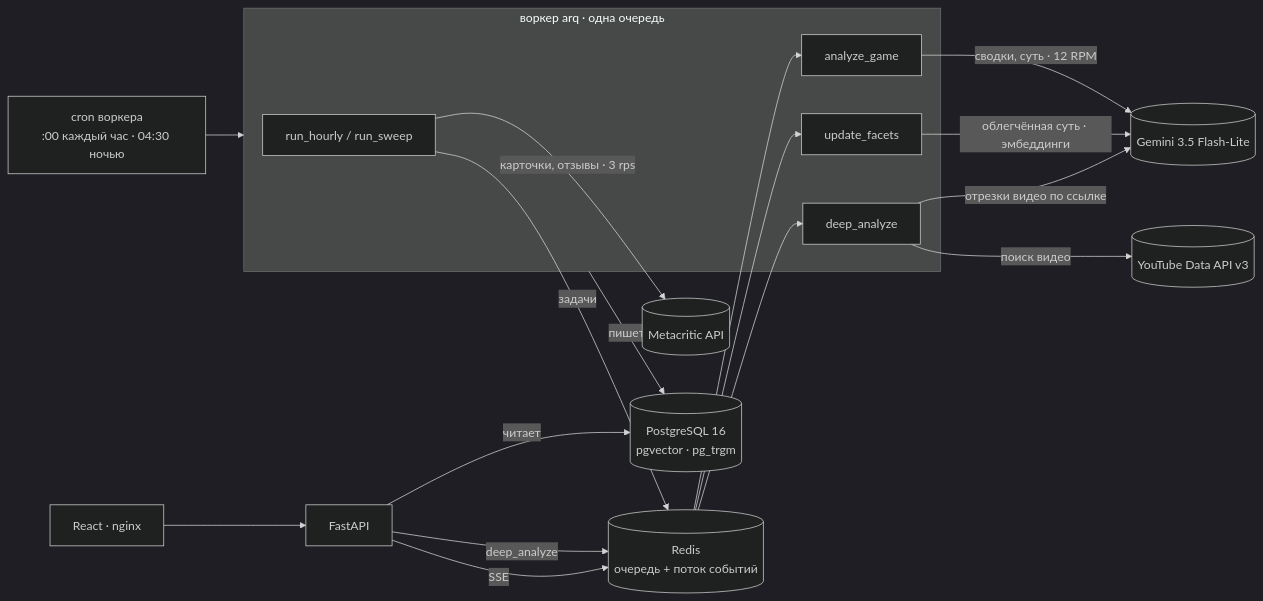
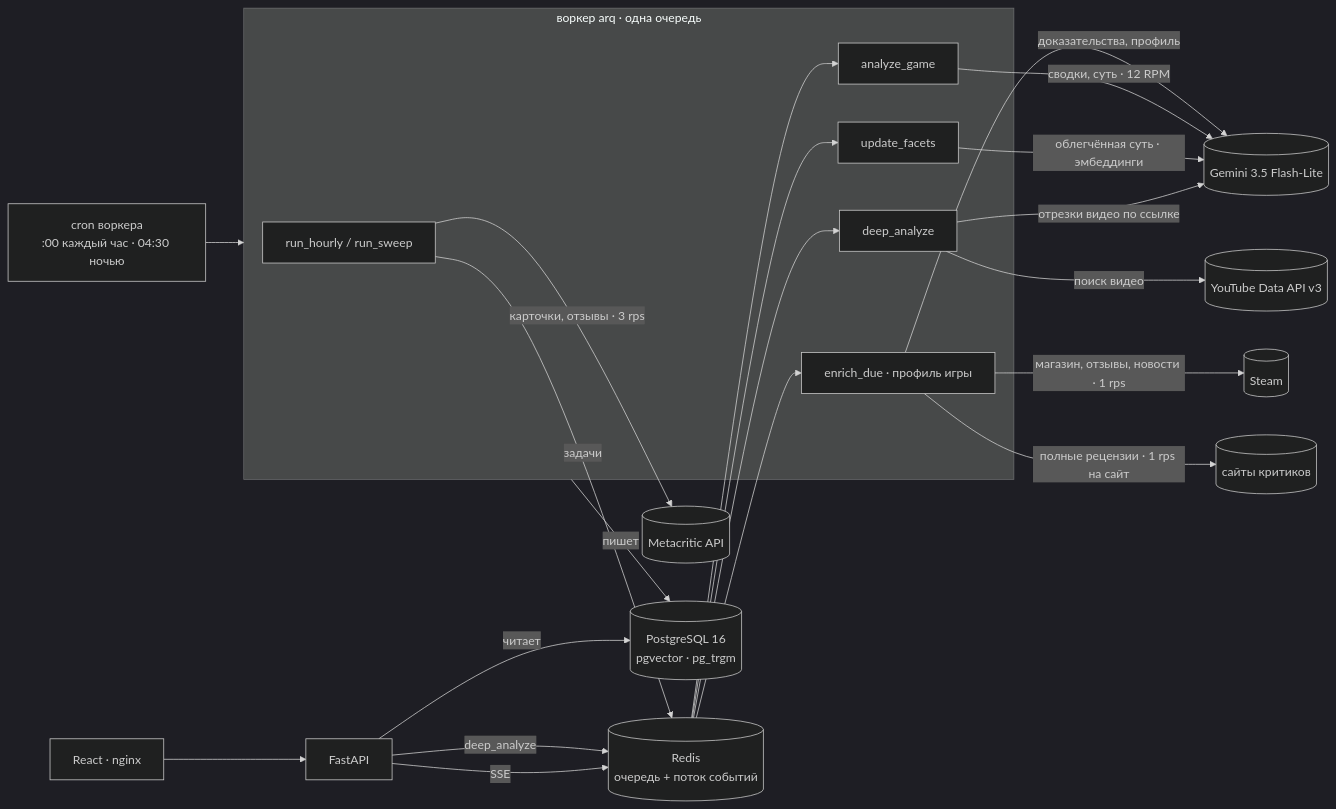
The first of 8 diagrams in README.md (Mr-Bill1999/game_crowler_service), drawn with Mermaid (dark theme) before and after one commit. The commit also changed other lines of this file and 1 other file, not shown here.

````diff
--- a/README.md
+++ b/README.md
@@ -73,22 +79,26 @@
 ```mermaid
 flowchart LR
   cron["cron воркера<br/>:00 каждый час · 04:30 ночью"] --> W
   subgraph W["воркер arq · одна очередь"]
     H["run_hourly / run_sweep"]
     A["analyze_game"]
     F["update_facets"]
     D["deep_analyze"]
+    P["enrich_due · профиль игры"]
   end
   H -- "карточки, отзывы · 3 rps" --> MC[("Metacritic API")]
+  P -- "магазин, отзывы, новости · 1 rps" --> ST[("Steam")]
+  P -- "полные рецензии · 1 rps на сайт" --> CRS[("сайты критиков")]
+  P -- "доказательства, профиль" --> G
   A -- "сводки, суть · 12 RPM" --> G[("Gemini 3.5 Flash-Lite")]
   F -- "облегчённая суть · эмбеддинги" --> G
   D -- "поиск видео" --> YT[("YouTube Data API v3")]
   D -- "отрезки видео по ссылке" --> G
   H -- "задачи" --> Q[("Redis<br/>очередь + поток событий")]
-  Q --> A & F & D
+  Q --> A & F & D & P
   W -- "пишет" --> PG[("PostgreSQL 16<br/>pgvector · pg_trgm")]
   API["FastAPI"] -- "читает" --> PG
   API -- "deep_analyze" --> Q
   API -- "SSE" --> Q
   WEB["React · nginx"] --> API
 ```
````
